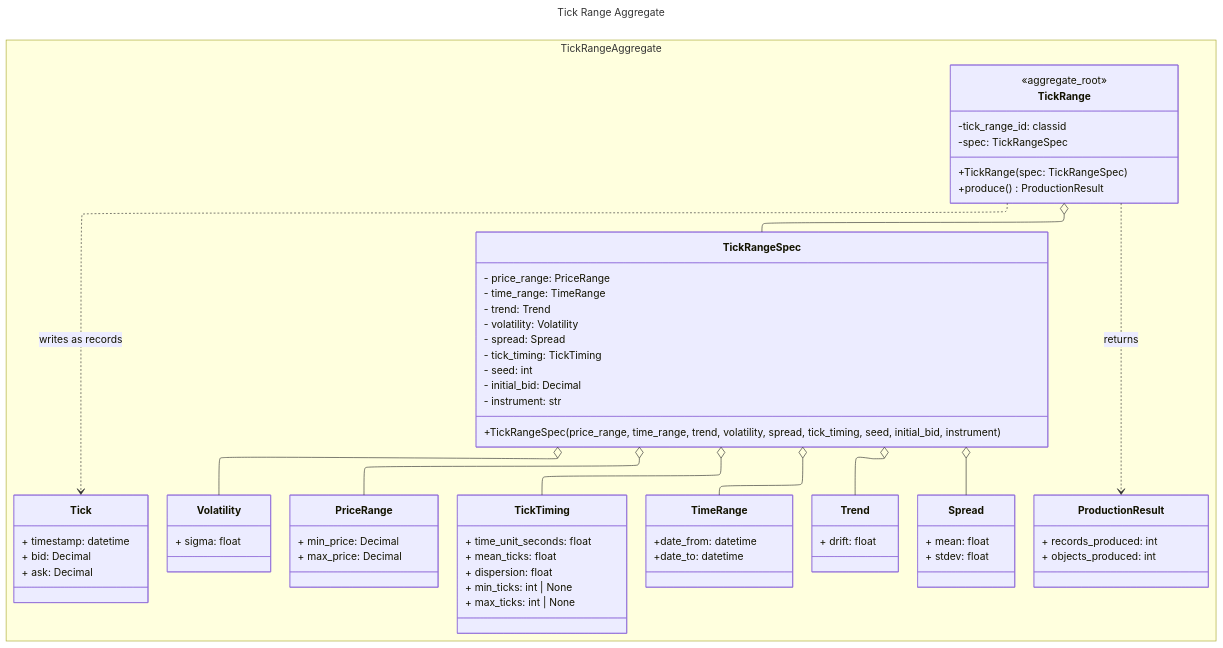
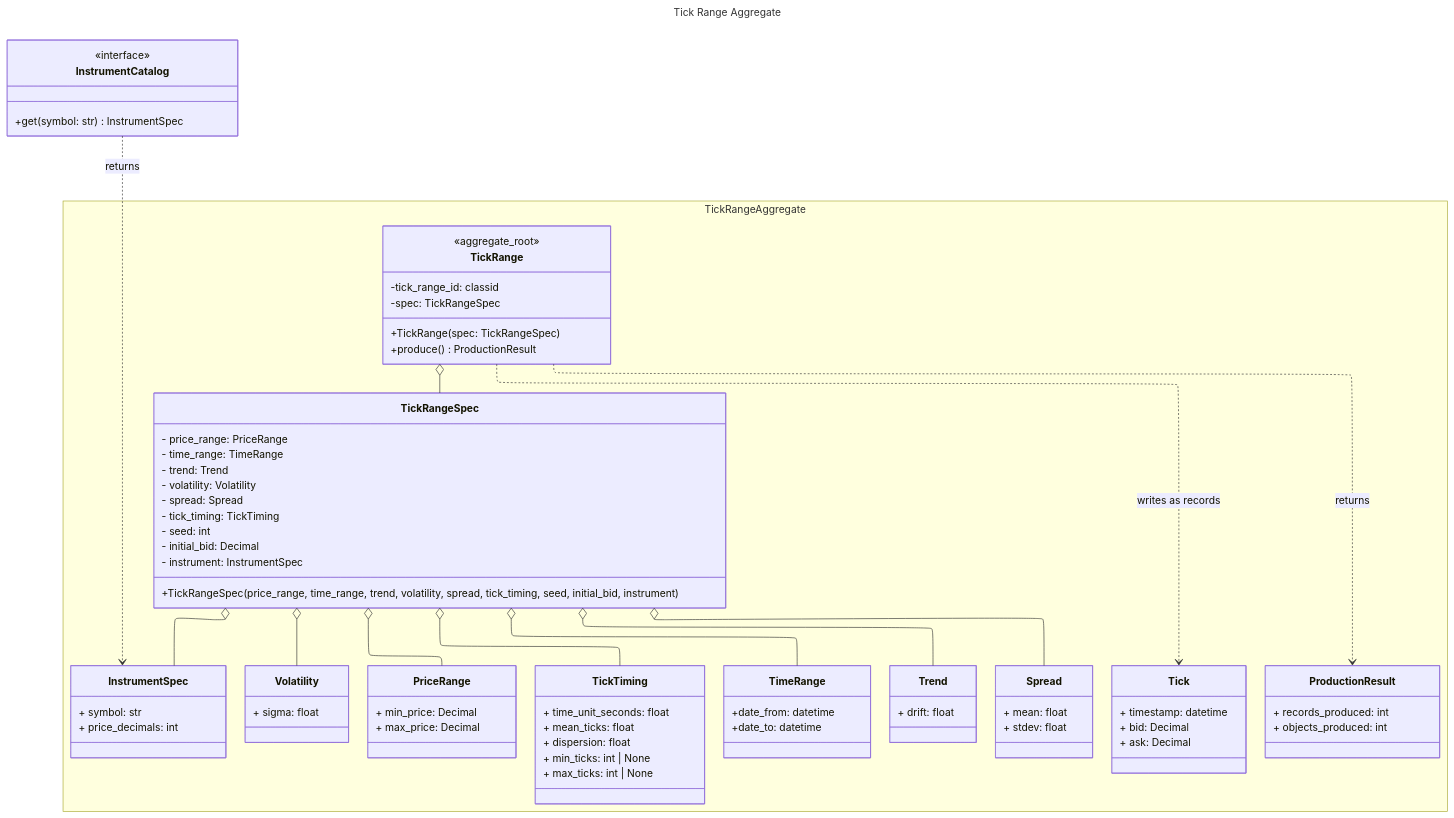
Before and after one commit to mchiuminatto/synthetick: the second of 4 diagrams in docs/design/domain-analysis.md, drawn with Mermaid. The commit also changed other lines of this file, not shown here.

First line of the commit message:
Add instrument catalog as reference data with price decimals

````diff
--- a/docs/design/domain-analysis.md
+++ b/docs/design/domain-analysis.md
@@ -112,7 +114,7 @@
     - tick_timing: TickTiming
     - seed: int
     - initial_bid: Decimal
-    - instrument: str
+    - instrument: InstrumentSpec
 
     +TickRangeSpec(price_range, time_range, trend, volatility, spread, tick_timing, seed, initial_bid, instrument)
   }
@@ -143,6 +145,11 @@
     + max_ticks: int | None
   }
 
+  class InstrumentSpec{
+    + symbol: str
+    + price_decimals: int
+  }
+
   class PriceRange{
     + min_price: Decimal
     + max_price: Decimal
@@ -161,6 +168,11 @@
 
 
 }
+class InstrumentCatalog {
+  <<interface>>
+  +get(symbol: str) InstrumentSpec
+}
+
 TickRange o-- TickRangeSpec
 TickRange ..> Tick : writes as records
 TickRange ..> ProductionResult : returns
@@ -170,4 +182,6 @@
 TickRangeSpec o-- Trend
 TickRangeSpec o-- Spread
 TickRangeSpec o-- TickTiming
+TickRangeSpec o-- InstrumentSpec
+InstrumentCatalog ..> InstrumentSpec : returns
 ```
````
